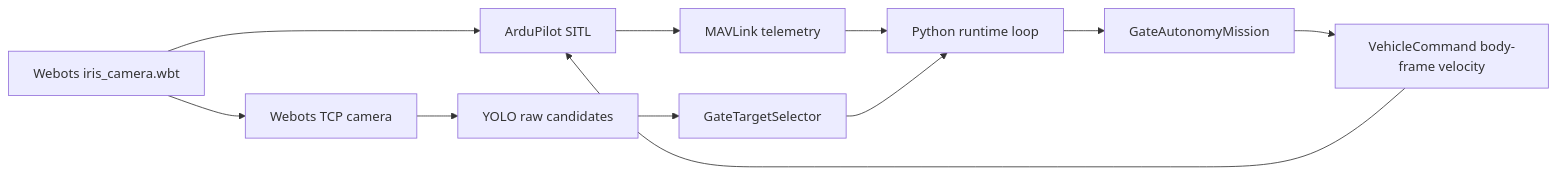
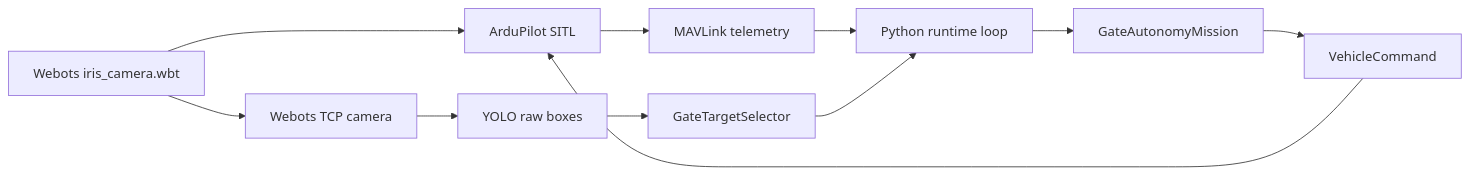
Before and after one commit to gedxxe/webots-ardupilot-autonomous-drone: the diagram in README.md, drawn with Mermaid. The commit also changed other lines of this file and 37 other files, not shown here.

````diff
--- a/README.md
+++ b/README.md
@@ -33,13 +74,13 @@
 ```mermaid
 flowchart LR
   W["Webots iris_camera.wbt"] --> AP["ArduPilot SITL"]
   AP --> ML["MAVLink telemetry"]
   ML --> RT["Python runtime loop"]
   W --> CAM["Webots TCP camera"]
-  CAM --> YOLO["YOLO raw candidates"]
+  CAM --> YOLO["YOLO raw boxes"]
   YOLO --> SEL["GateTargetSelector"]
   SEL --> RT
   RT --> M["GateAutonomyMission"]
-  M --> C["VehicleCommand body-frame velocity"]
+  M --> C["VehicleCommand"]
   C --> AP
 ```
````
